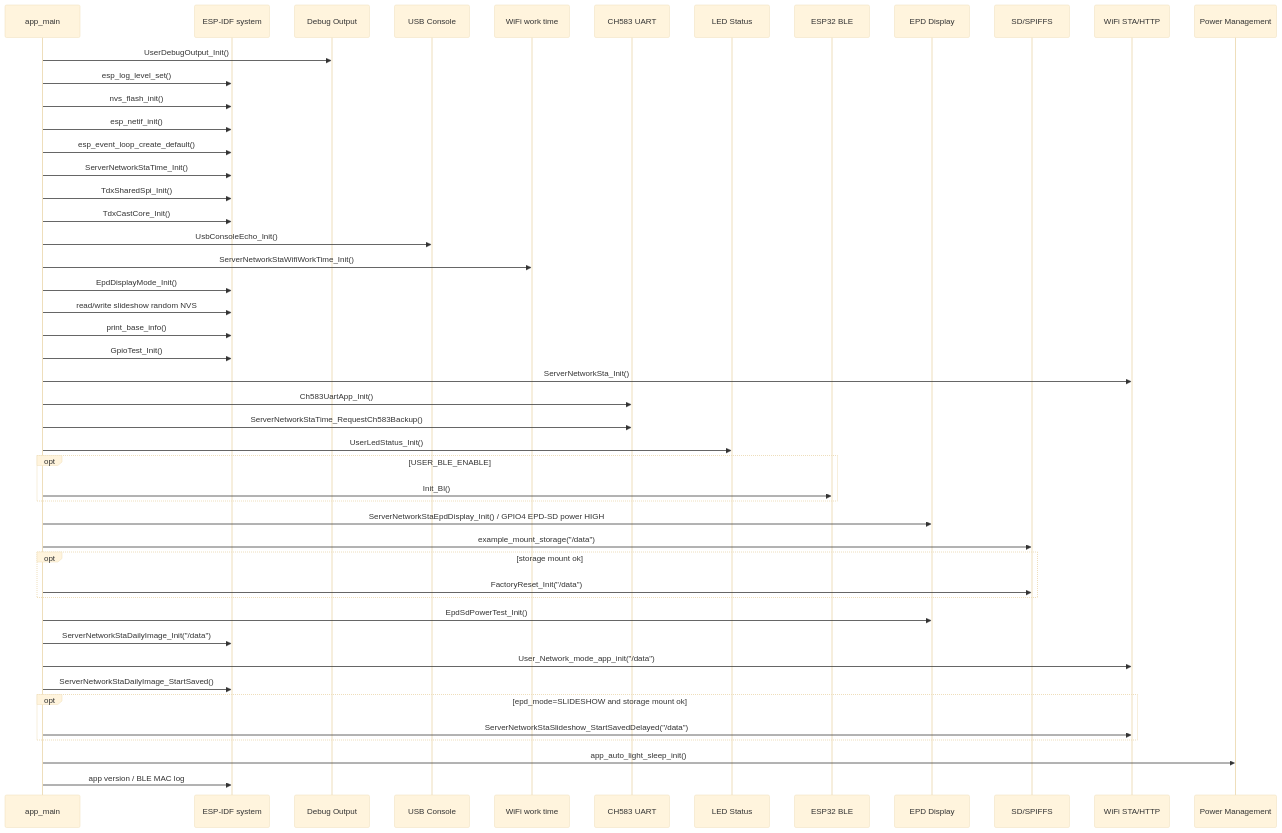
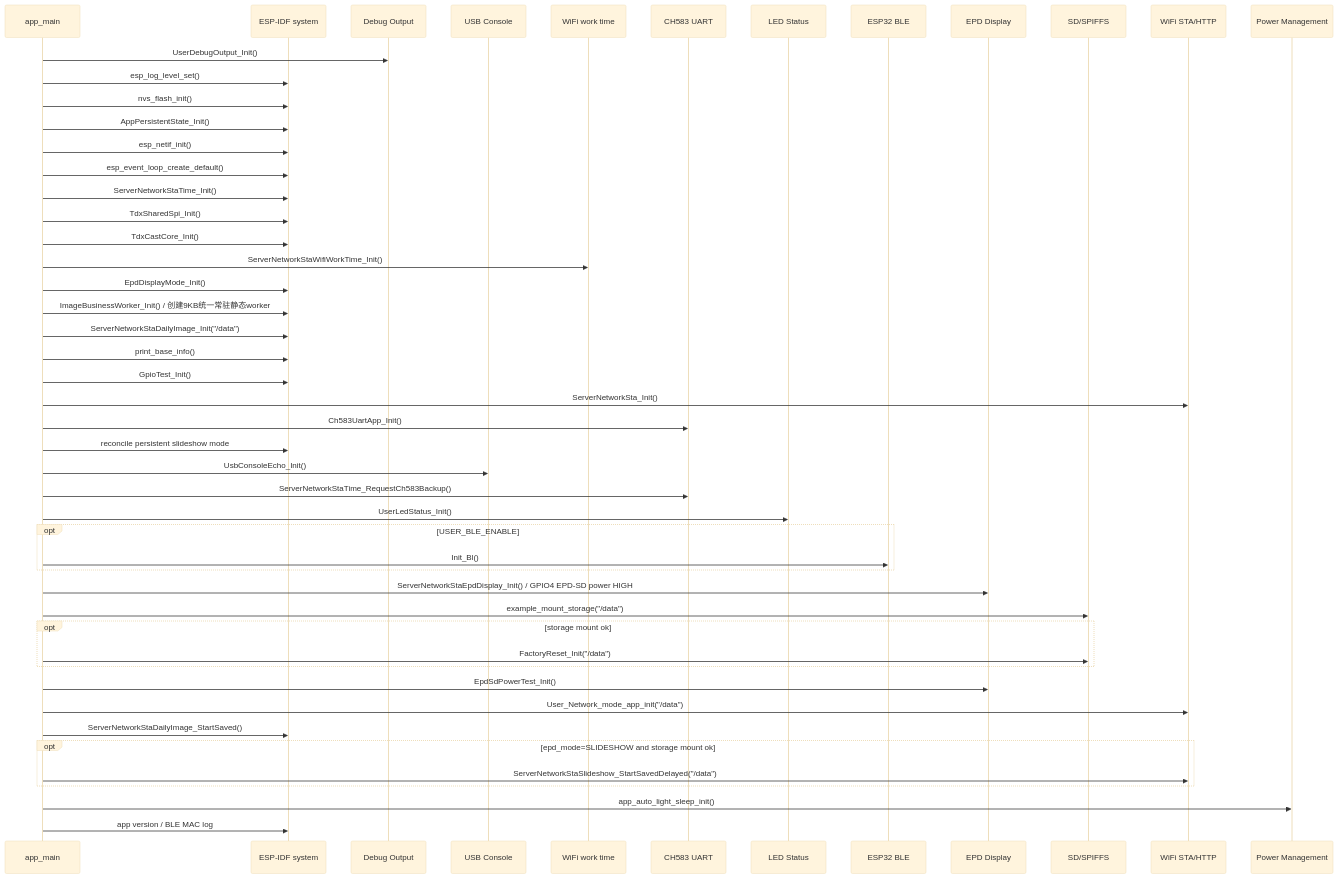
One commit to tdxguiping/ESP32_S3_epaper changed the first of 25 diagrams in README_Fun.md. Above: the diagram before and after it, drawn with Mermaid (base theme). The commit also changed other lines of this file and 60 other files, not shown here.

````diff
--- a/README_Fun.md
+++ b/README_Fun.md
@@ -99,50 +108,52 @@
 ```mermaid
 sequenceDiagram
     participant APP as app_main
     participant SYS as ESP-IDF system
     participant DBG as Debug Output
     participant USB as USB Console
     participant WORK as WiFi work time
     participant CH583 as CH583 UART
     participant LED as LED Status
     participant BLE as ESP32 BLE
     participant EPD as EPD Display
     participant SD as SD/SPIFFS
     participant STA as WiFi STA/HTTP
     participant PM as Power Management
     APP->>DBG: UserDebugOutput_Init()
     APP->>SYS: esp_log_level_set()
     APP->>SYS: nvs_flash_init()
+    APP->>SYS: AppPersistentState_Init()
     APP->>SYS: esp_netif_init()
     APP->>SYS: esp_event_loop_create_default()
     APP->>SYS: ServerNetworkStaTime_Init()
     APP->>SYS: TdxSharedSpi_Init()
     APP->>SYS: TdxCastCore_Init()
-    APP->>USB: UsbConsoleEcho_Init()
     APP->>WORK: ServerNetworkStaWifiWorkTime_Init()
     APP->>SYS: EpdDisplayMode_Init()
-    APP->>SYS: read/write slideshow random NVS
+    APP->>SYS: ImageBusinessWorker_Init() / 创建9KB统一常驻静态worker
+    APP->>SYS: ServerNetworkStaDailyImage_Init("/data")
     APP->>SYS: print_base_info()
     APP->>SYS: GpioTest_Init()
     APP->>STA: ServerNetworkSta_Init()
     APP->>CH583: Ch583UartApp_Init()
+    APP->>SYS: reconcile persistent slideshow mode
+    APP->>USB: UsbConsoleEcho_Init()
     APP->>CH583: ServerNetworkStaTime_RequestCh583Backup()
     APP->>LED: UserLedStatus_Init()
     opt USER_BLE_ENABLE
         APP->>BLE: Init_Bl()
     end
     APP->>EPD: ServerNetworkStaEpdDisplay_Init() / GPIO4 EPD-SD power HIGH
     APP->>SD: example_mount_storage("/data")
     opt storage mount ok
         APP->>SD: FactoryReset_Init("/data")
     end
     APP->>EPD: EpdSdPowerTest_Init()
-    APP->>SYS: ServerNetworkStaDailyImage_Init("/data")
     APP->>STA: User_Network_mode_app_init("/data")
     APP->>SYS: ServerNetworkStaDailyImage_StartSaved()
     opt epd_mode=SLIDESHOW and storage mount ok
         APP->>STA: ServerNetworkStaSlideshow_StartSavedDelayed("/data")
     end
     APP->>PM: app_auto_light_sleep_init()
     APP->>SYS: app version / BLE MAC log
 ```
````
